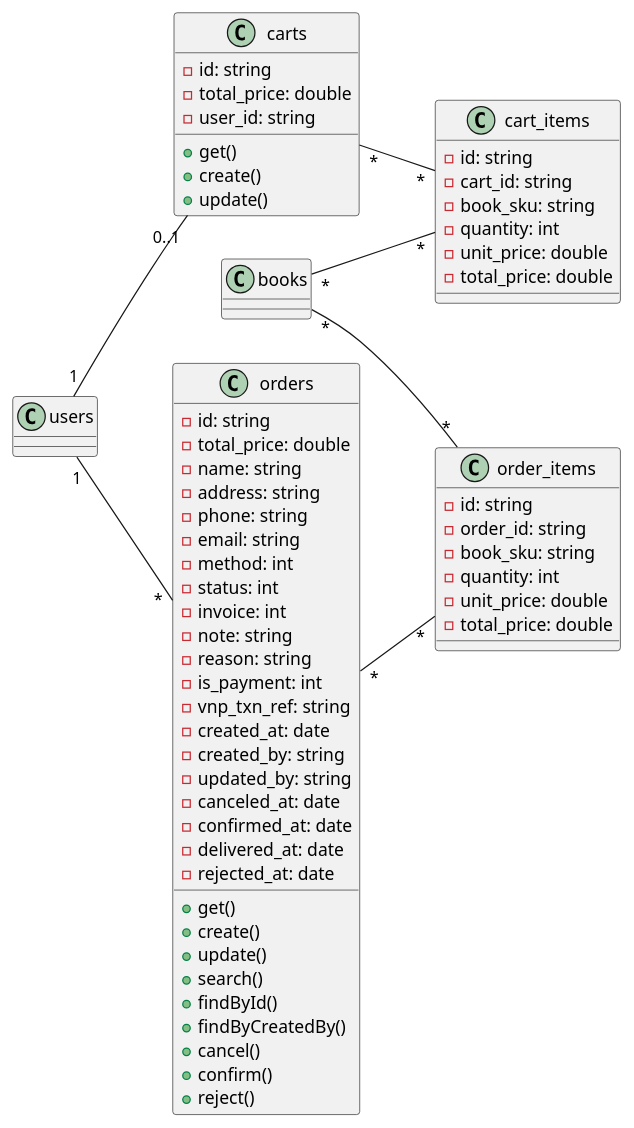
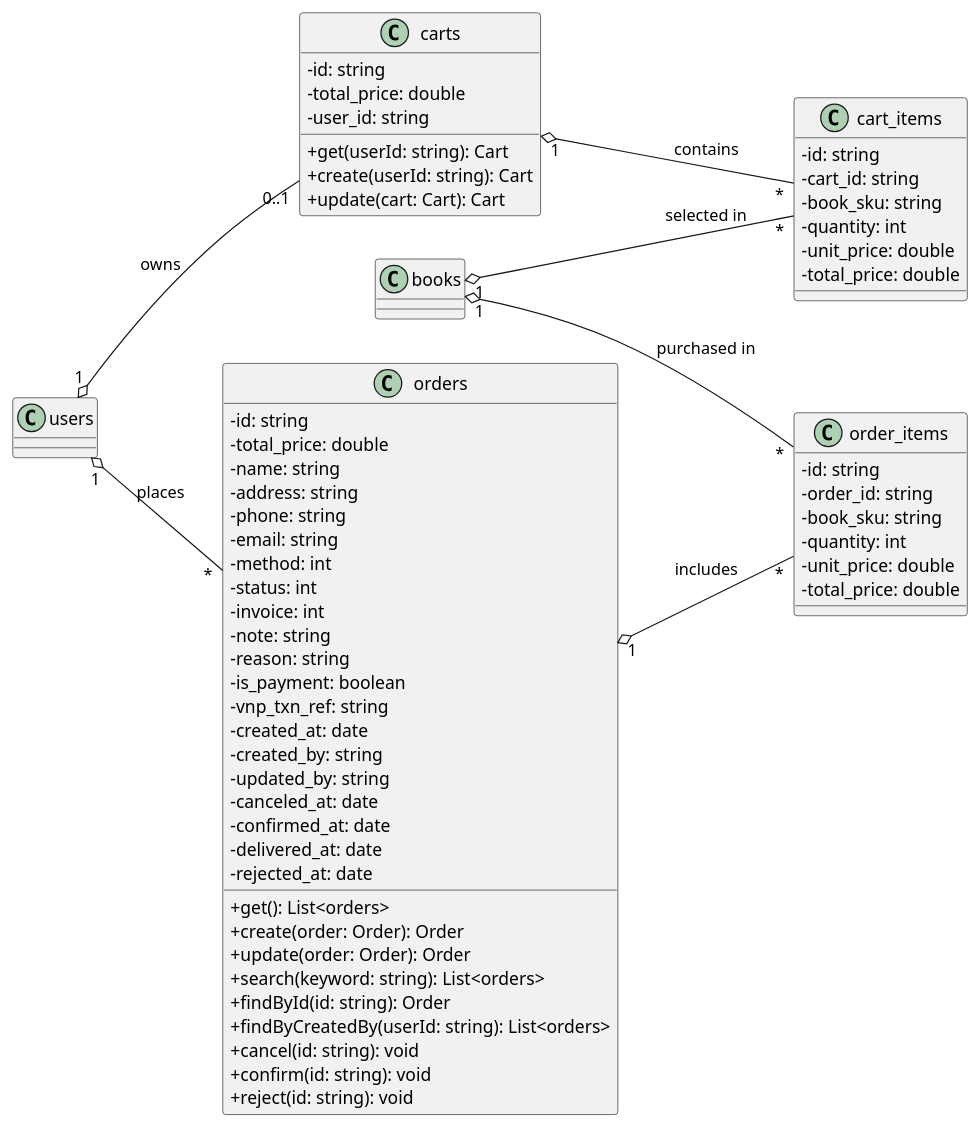
Before and after one commit to khanh-nd1204/book-app: the diagram in app-service/document/class/order.puml, drawn with PlantUML. The commit also changed 10 other files, not shown here.

```diff
--- a/app-service/document/class/order.puml
+++ b/app-service/document/class/order.puml
@@ -1,70 +1,82 @@
 @startuml
 left to right direction
+
+skinparam classAttributeIconSize 0
 
 class carts {
     - id: string
     - total_price: double
     - user_id: string
-    + get()
-    + create()
-    + update()
+    + get(userId: string): Cart
+    + create(userId: string): Cart
+    + update(cart: Cart): Cart
 }
 
 class cart_items {
     - id: string
     - cart_id: string
     - book_sku: string
     - quantity: int
     - unit_price: double
     - total_price: double
 }
 
 class orders {
     - id: string
     - total_price: double
     - name: string
     - address: string
     - phone: string
     - email: string
     - method: int
     - status: int
     - invoice: int
     - note: string
     - reason: string
-    - is_payment: int
+    - is_payment: boolean
     - vnp_txn_ref: string
     - created_at: date
     - created_by: string
     - updated_by: string
     - canceled_at: date
     - confirmed_at: date
     - delivered_at: date
     - rejected_at: date
-    + get()
-    + create()
-    + update()
-    + search()
-    + findById()
-    + findByCreatedBy()
-    + cancel()
-    + confirm()
-    + reject()
+    + get(): List<orders>
+    + create(order: Order): Order
+    + update(order: Order): Order
+    + search(keyword: string): List<orders>
+    + findById(id: string): Order
+    + findByCreatedBy(userId: string): List<orders>
+    + cancel(id: string): void
+    + confirm(id: string): void
+    + reject(id: string): void
 }
 
 class order_items {
     - id: string
     - order_id: string
     - book_sku: string
     - quantity: int
     - unit_price: double
     - total_price: double
 }
 
-users "1" -- "0..1" carts
-users "1" -- "*" orders
-carts "*" -- "*" cart_items
-orders "*" -- "*" order_items
-books "*" -- "*" cart_items
-books "*" -- "*" order_items
+class users {
+
+}
+
+class books {
+
+}
+
+' Quan hệ rõ ràng với nhãn
+users "1" o-- "0..1" carts : owns
+users "1" o-- "*" orders : places
+carts "1" o-- "*" cart_items : contains
+orders "1" o-- "*" order_items : includes
+
+books "1" o-- "*" cart_items : selected in
+books "1" o-- "*" order_items : purchased in
 
 @enduml
```
